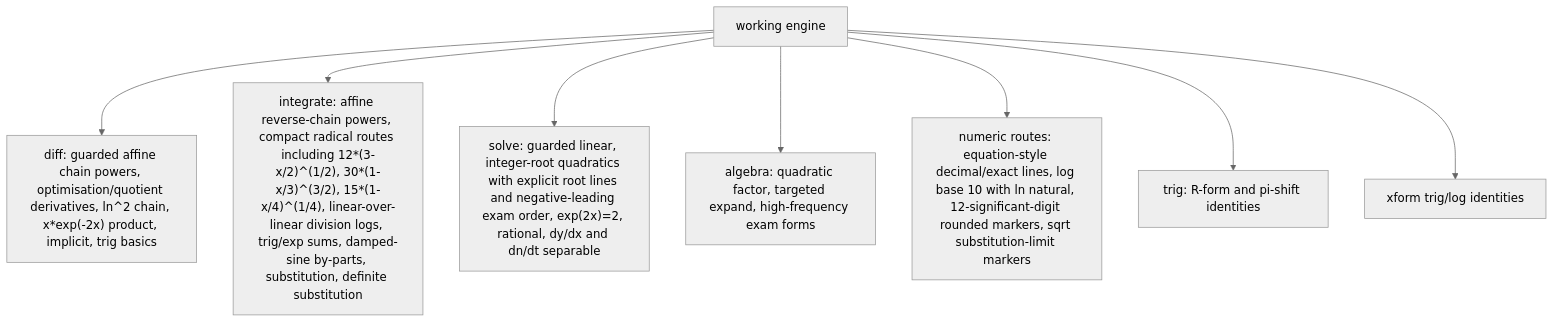
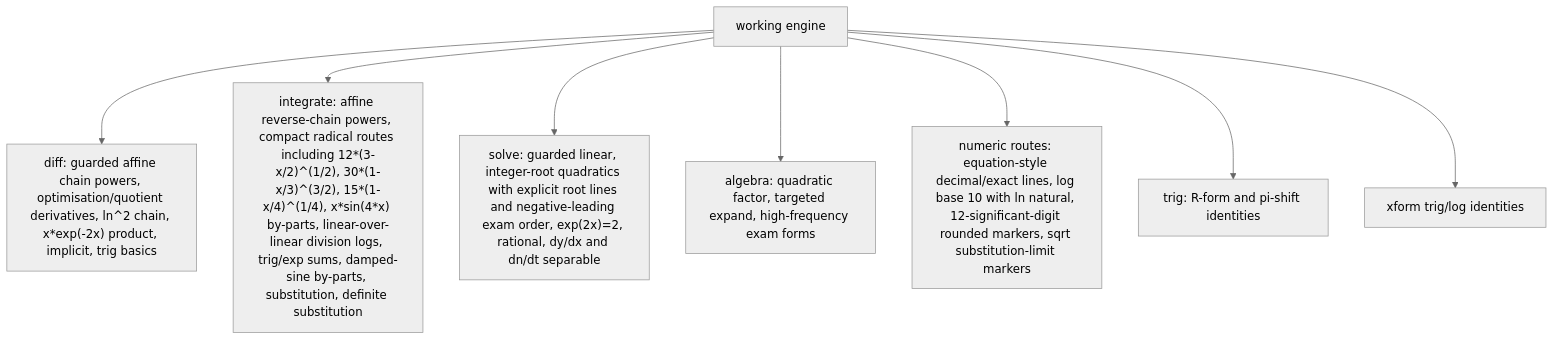
Before and after one commit to james8464/notes-addin-casio-fx-cg50: the third of 6 diagrams in docs/GRAPH.md, drawn with Mermaid (neutral theme). The commit also changed other lines of this file and 4 other files, not shown here.

````diff
--- a/docs/GRAPH.md
+++ b/docs/GRAPH.md
@@ -36,10 +36,10 @@
 ```mermaid
 graph TD
   Work["working engine"] --> Diff["diff: guarded affine chain powers, optimisation/quotient derivatives, ln^2 chain, x*exp(-2x) product, implicit, trig basics"]
-  Work --> Int["integrate: affine reverse-chain powers, compact radical routes including 12*(3-x/2)^(1/2), 30*(1-x/3)^(3/2), 15*(1-x/4)^(1/4), linear-over-linear division logs, trig/exp sums, damped-sine by-parts, substitution, definite substitution"]
+  Work --> Int["integrate: affine reverse-chain powers, compact radical routes including 12*(3-x/2)^(1/2), 30*(1-x/3)^(3/2), 15*(1-x/4)^(1/4), x*sin(4*x) by-parts, linear-over-linear division logs, trig/exp sums, damped-sine by-parts, substitution, definite substitution"]
   Work --> Solve["solve: guarded linear, integer-root quadratics with explicit root lines and negative-leading exam order, exp(2x)=2, rational, dy/dx and dn/dt separable"]
   Work --> Alg["algebra: quadratic factor, targeted expand, high-frequency exam forms"]
   Work --> Num["numeric routes: equation-style decimal/exact lines, log base 10 with ln natural, 12-significant-digit rounded markers, sqrt substitution-limit markers"]
   Work --> Trig["trig: R-form and pi-shift identities"]
   Work --> Xform["xform trig/log identities"]
 ```
````
